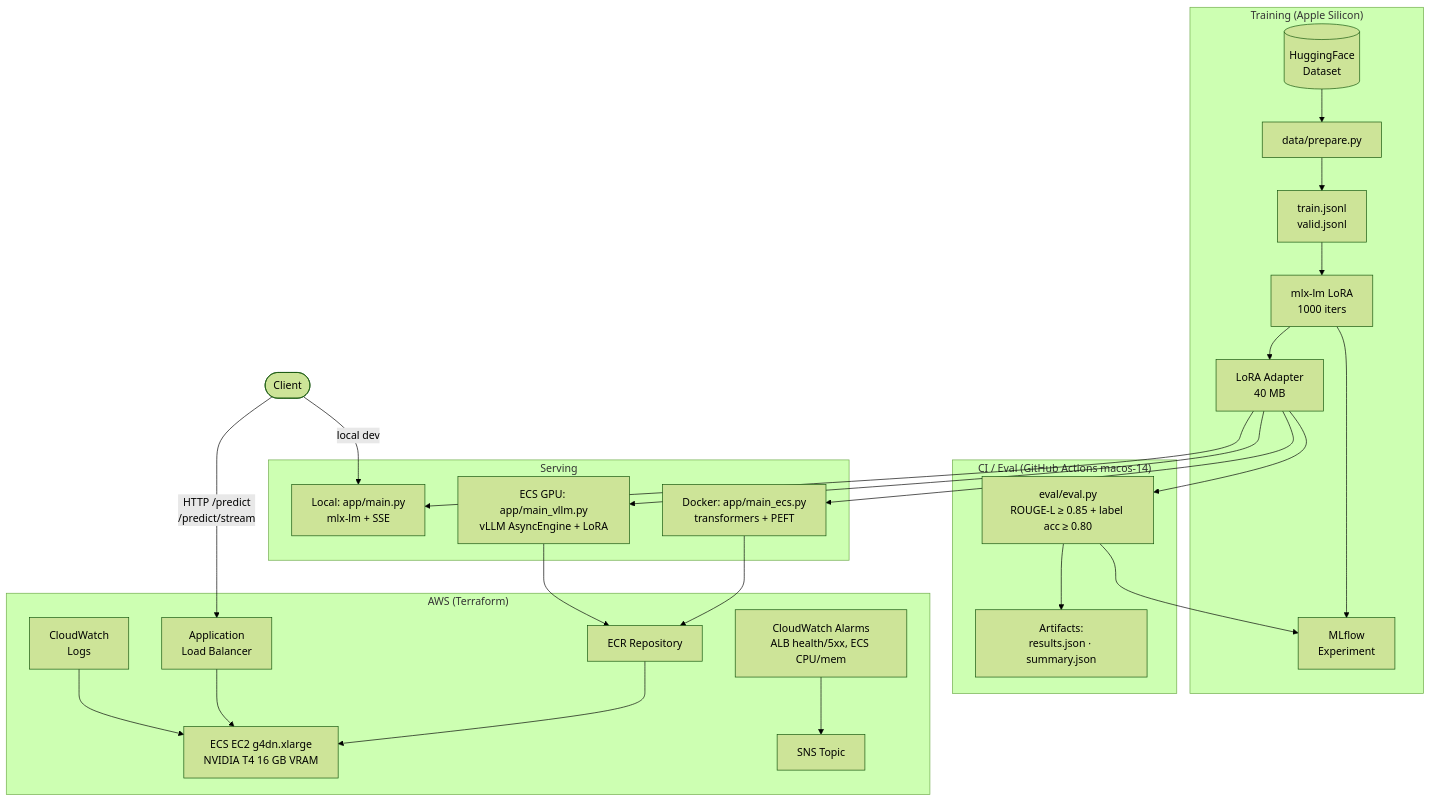
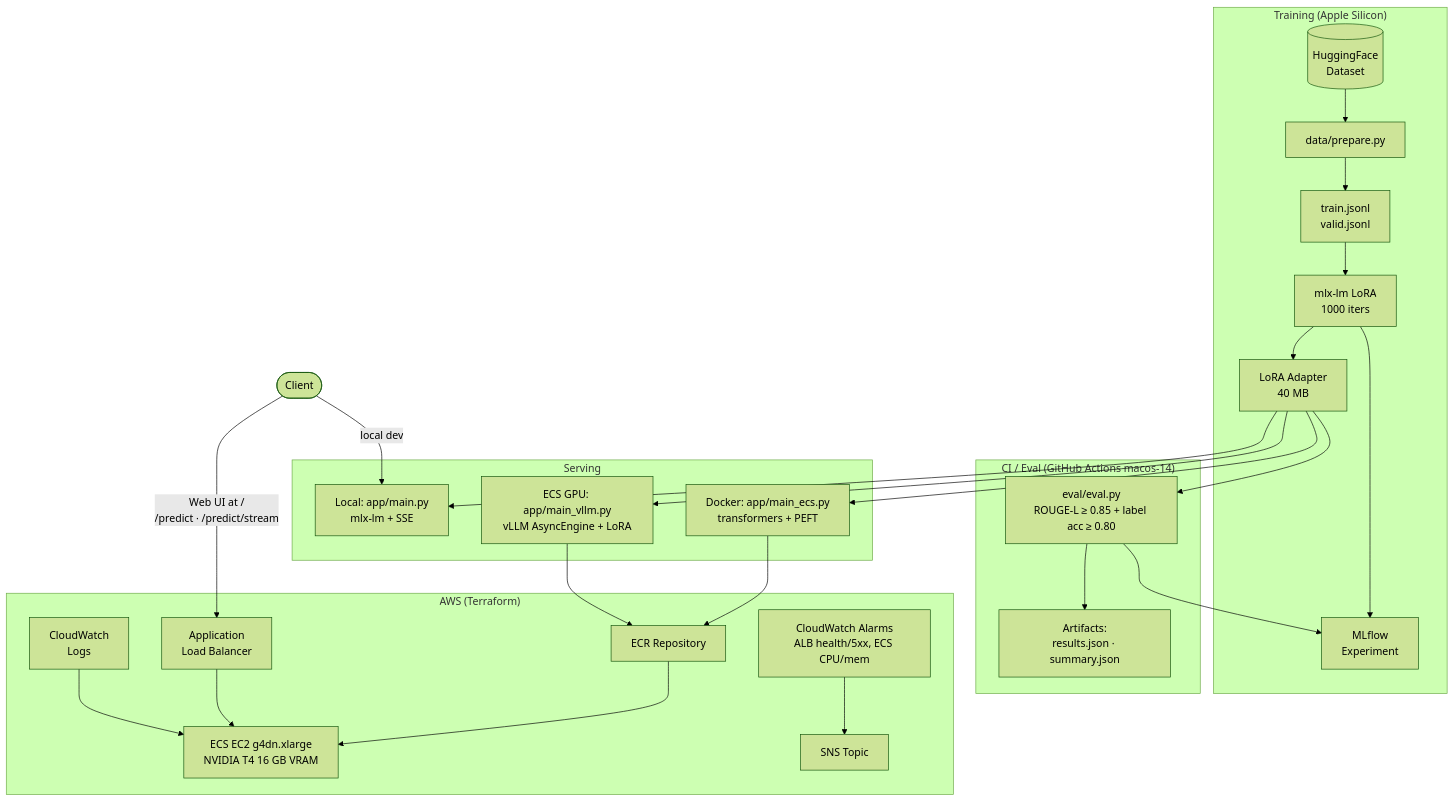
One commit to matthew-fitzgerald123/financial-sentiment-llm changed the diagram in README.md. Above: the diagram before and after it, drawn with Mermaid (forest theme). The commit also changed other lines of this file and 6 other files, not shown here.

````diff
--- a/README.md
+++ b/README.md
@@ -23,34 +23,34 @@
 ```mermaid
 flowchart TD
     subgraph Train["Training (Apple Silicon)"]
         DS[(HuggingFace\nDataset)] --> DP[data/prepare.py]
         DP --> JSONL[train.jsonl\nvalid.jsonl]
         JSONL --> LT[mlx-lm LoRA\n1000 iters]
         LT --> ADPT[LoRA Adapter\n40 MB]
         LT --> MLF[MLflow\nExperiment]
     end
 
     subgraph Eval["CI / Eval (GitHub Actions macos-14)"]
         ADPT --> EV[eval/eval.py\nROUGE-L ≥ 0.85 + label acc ≥ 0.80]
         EV --> AR[Artifacts:\nresults.json · summary.json]
         EV --> MLF
     end
 
     subgraph Serve["Serving"]
         ADPT --> LC[Local: app/main.py\nmlx-lm + SSE]
         ADPT --> DC[Docker: app/main_ecs.py\ntransformers + PEFT]
         ADPT --> VL[ECS GPU: app/main_vllm.py\nvLLM AsyncEngine + LoRA]
     end
 
     subgraph AWS["AWS (Terraform)"]
         ECR[ECR Repository] --> ECS[ECS EC2 g4dn.xlarge\nNVIDIA T4 16 GB VRAM]
         ALB[Application\nLoad Balancer] --> ECS
         CW[CloudWatch\nLogs] --> ECS
         ALARMS[CloudWatch Alarms\nALB health/5xx, ECS CPU/mem] --> SNS[SNS Topic]
     end
 
     DC --> ECR
     VL --> ECR
-    Client([Client]) -->|HTTP /predict\n/predict/stream| ALB
+    Client([Client]) -->|Web UI at /\n/predict · /predict/stream| ALB
     Client -->|local dev| LC
 ```
````
